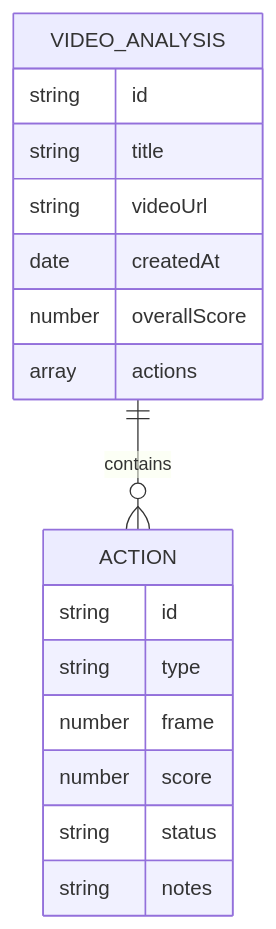
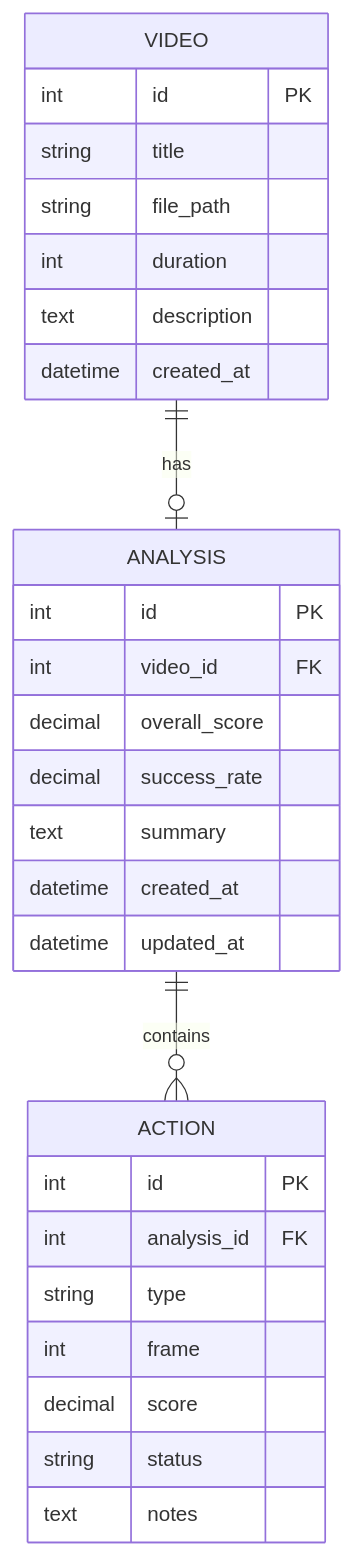
The second of 2 diagrams in .trae/documents/arch.md (820419269/night_rain), drawn with Mermaid before and after one commit. The commit also changed other lines of this file and 45 other files, not shown here.

````diff
--- a/.trae/documents/arch.md
+++ b/.trae/documents/arch.md
@@ -50,22 +139,34 @@
 ```mermaid
 erDiagram
-    VIDEO_ANALYSIS {
-        string id
+    VIDEO {
+        int id PK
         string title
-        string videoUrl
-        date createdAt
-        number overallScore
-        array actions
+        string file_path
+        int duration
+        text description
+        datetime created_at
+    }
+    
+    ANALYSIS {
+        int id PK
+        int video_id FK
+        decimal overall_score
+        decimal success_rate
+        text summary
+        datetime created_at
+        datetime updated_at
     }
     
     ACTION {
-        string id
+        int id PK
+        int analysis_id FK
         string type
-        number frame
-        number score
+        int frame
+        decimal score
         string status
-        string notes
+        text notes
     }
     
-    VIDEO_ANALYSIS ||--o{ ACTION : contains
+    VIDEO ||--o| ANALYSIS : has
+    ANALYSIS ||--o{ ACTION : contains
 ```
````
